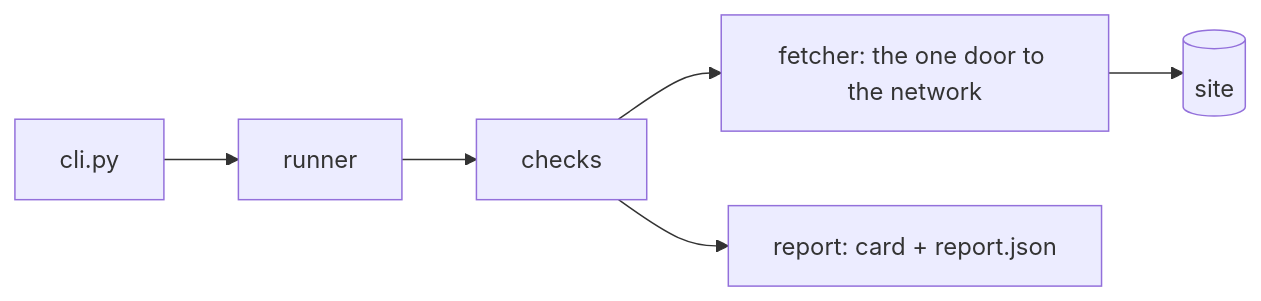
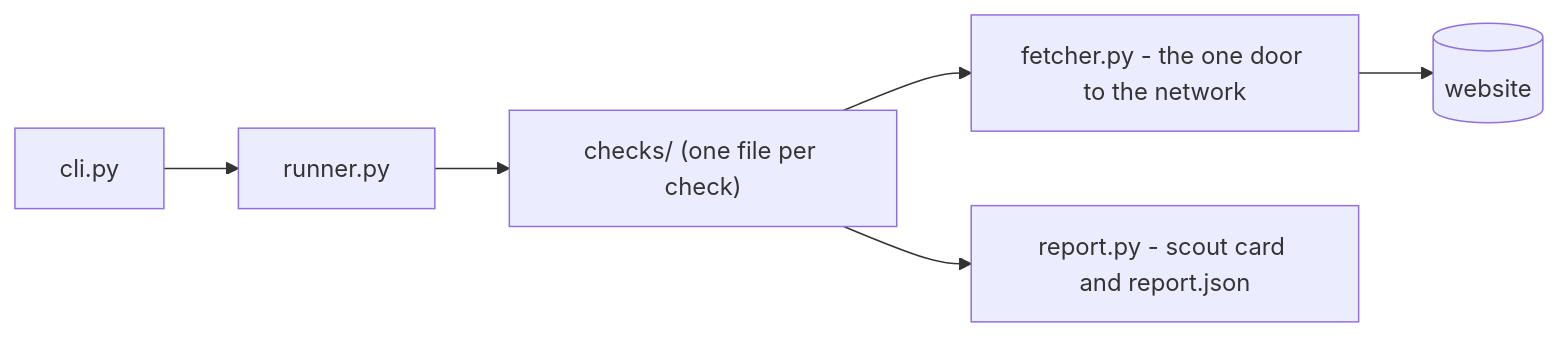
Before and after one commit to Ezio-06/site-scout: the diagram in README.md, drawn with Mermaid.

Commit message:
README: clearer, quoted labels in the architecture diagram

````diff
--- a/README.md
+++ b/README.md
@@ -181,8 +181,8 @@
 ```mermaid
 flowchart LR
-    CLI[cli.py] --> R[runner]
-    R --> C1[checks]
-    C1 --> F[fetcher: the one door to the network]
-    F --> S[(site)]
-    C1 --> REP[report: card + report.json]
+    CLI["cli.py"] --> R["runner.py"]
+    R --> C1["checks/ (one file per check)"]
+    C1 --> F["fetcher.py - the one door to the network"]
+    F --> S[("website")]
+    C1 --> REP["report.py - scout card and report.json"]
 ```
````
